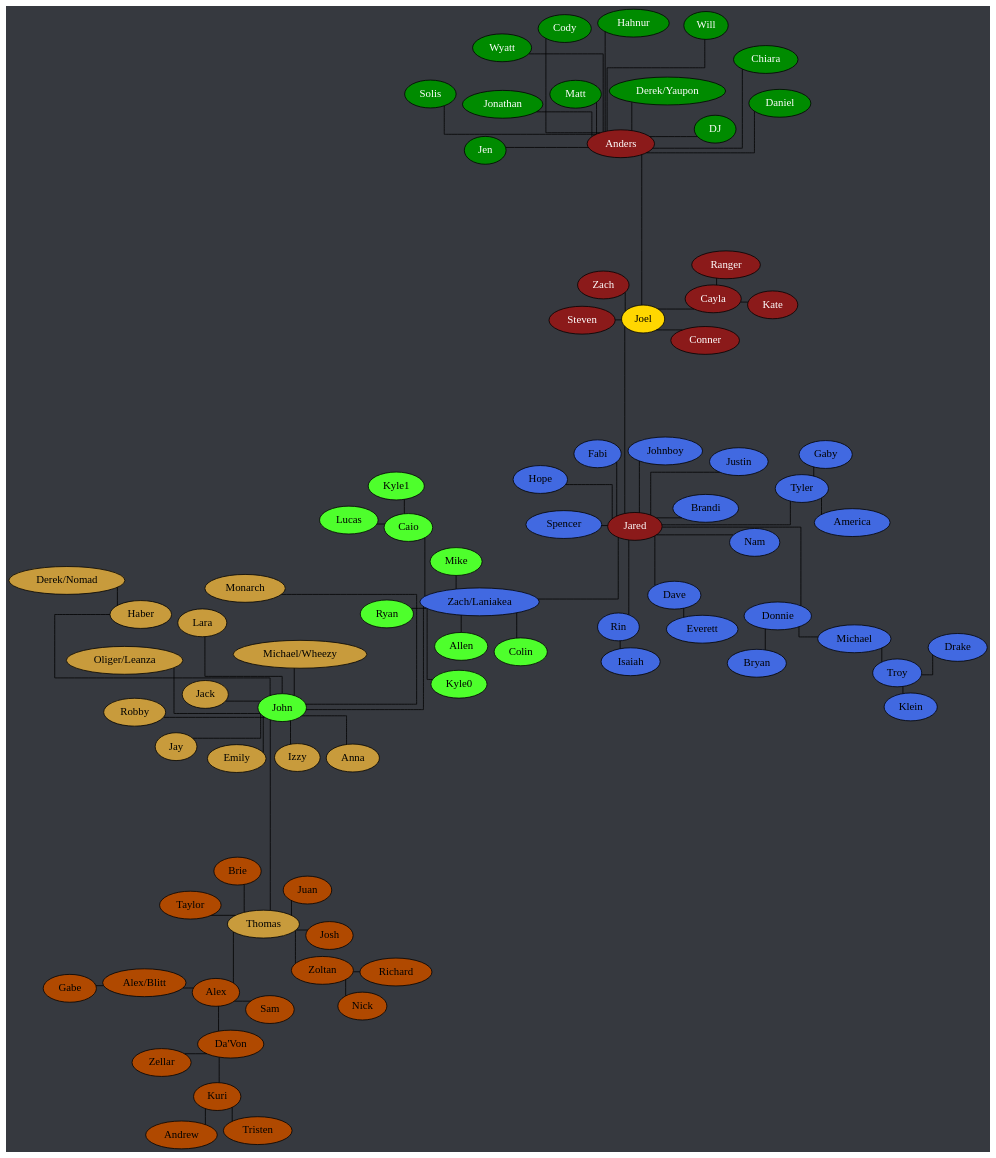
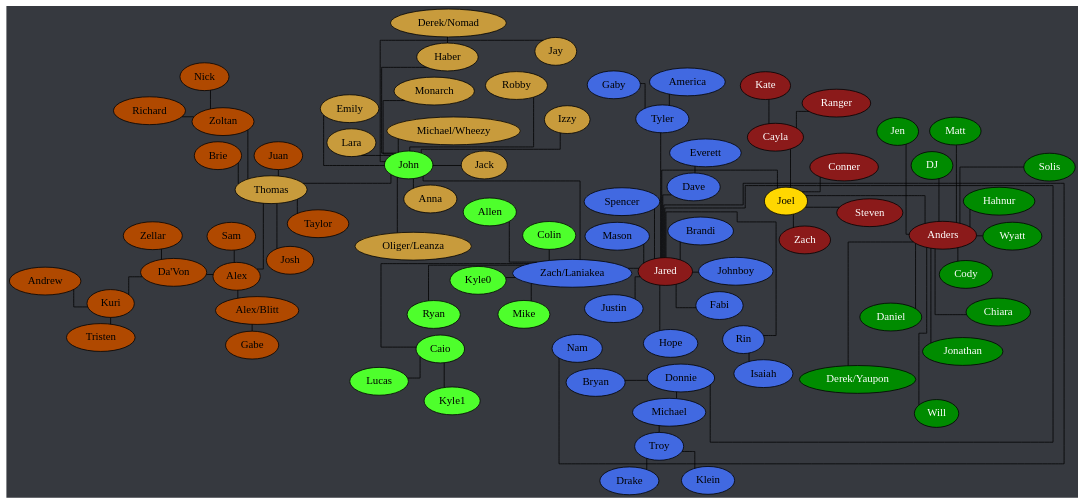
The diagram in tree.dot (Documidas/CoronaCatzFamilyTree), drawn with Graphviz before and after one commit. The commit also changed 1 other file, not shown here.

Commit message:
Add Mason

```diff
--- a/tree.dot
+++ b/tree.dot
@@ -1,128 +1,129 @@
 strict graph {
 	// Layout Configuration
 	layout = neato;
 	epsilon = 0.01;
 	mode = KK;
 	model = subset;
 	overlap = false;
 	splines = ortho;
 
 	// Visual Configuration
 	graph [truecolor=true bgcolor="#36393f"]
 	node [style=filled fillcolor="gray" fontcolor="black"]
 
 	subgraph "Joel" {
 		node [style=filled fillcolor="firebrick4" fontcolor="white"];
 		Joel [style=filled fillcolor="gold" fontcolor="black"];
 
 		Anders -- Joel;
 		Cayla -- Joel
 		Cayla -- Kate;
 		Cayla -- Ranger;
 		Joel -- Conner;
 		Joel -- Jared;
 		Joel -- Steven;
 		Joel -- Zach;
 	}
 
 	subgraph "Anders" {
 		node [style=filled fillcolor="green4" fontcolor="white"];
 
 		Anders -- Chiara
 		Anders -- Cody;
 		Anders -- Daniel;
 		Anders -- "Derek/Yaupon";
 		Anders -- DJ;
 		Anders -- Hahnur;
 		Anders -- Jen;
 		Anders -- Jonathan;
 		Anders -- Matt;
 		Anders -- Solis;
 		Anders -- Will;
 		Anders -- Wyatt;
 	}
 
 	subgraph "Jared" {
 		node [style=filled fillcolor="royalblue" fontcolor="black"]
 
 		Dave -- Everett;
 		Donnie -- Bryan;
 		Donnie -- Michael;
 		Jared -- Brandi;
 		Jared -- Dave;
 		Jared -- Donnie;
 		Jared -- Fabi;
 		Jared -- Hope;
 		Jared -- Johnboy;
 		Jared -- Justin;
+		Jared -- Mason;
 		Jared -- Nam;
 		Jared -- Rin;
 		Jared -- Spencer;
 		Jared -- Tyler;
 		Jared -- "Zach/Laniakea";
 		Michael -- Troy;
 		Rin -- Isaiah;
 		Tyler -- America;
 		Tyler -- Gaby;
 		Troy -- Drake;
 		Troy -- Klein;
 	}
 
 	subgraph "Zach/Laniakea" {
 		node [style=filled fillcolor="#4eff2c" fontcolor="black"]
 
 		Caio -- Kyle1;
 		Caio -- Lucas;
 		"Zach/Laniakea" -- Allen;
 		"Zach/Laniakea" -- Caio;
 		"Zach/Laniakea" -- Colin;
 		"Zach/Laniakea" -- John [ len = 10 ];
 		"Zach/Laniakea" -- Kyle0;
 		"Zach/Laniakea" -- Mike;
 		"Zach/Laniakea" -- Ryan;
 	}
 
 	subgraph "John" {
 		node [style=filled fillcolor="#c89b3c" fontcolor="black"]
 
 		Haber -- "Derek/Nomad";
 		John -- Anna;
 		John -- Emily;
 		John -- Haber;
 		John -- Jay;
 		John -- Jack;
 		John -- Lara;
 		John -- Monarch;
 		John -- "Oliger/Leanza";
 		John -- Thomas;
 	}
 
 	subgraph "John-stream" {
 		// node [style=filled fillcolor="#9147ff" fontcolor="black"]
 		node [style=filled fillcolor="#c89b3c" fontcolor="black"]
 
 		John -- Izzy;
 		John -- "Michael/Wheezy";
 		John -- Robby;
 	}
 
 	subgraph "Thomas" {
 		node [style=filled fillcolor="#b04900" fontcolor="black"]
 		Alex -- "Da'Von";
 		Alex -- "Alex/Blitt";
 		Alex -- Sam;
 		"Alex/Blitt" -- Gabe;
 		"Da'Von" -- Kuri;
 		"Da'Von" -- Zellar;
 		Kuri -- Andrew;
 		Kuri -- Tristen;
 		Thomas -- Alex;
 		Thomas -- Brie;
 		Thomas -- Josh;
 		Thomas -- Juan;
 		Thomas -- Taylor;
 		Thomas -- Zoltan;
 		Zoltan -- Nick;
 		Zoltan -- Richard;
 	}
 }
```
